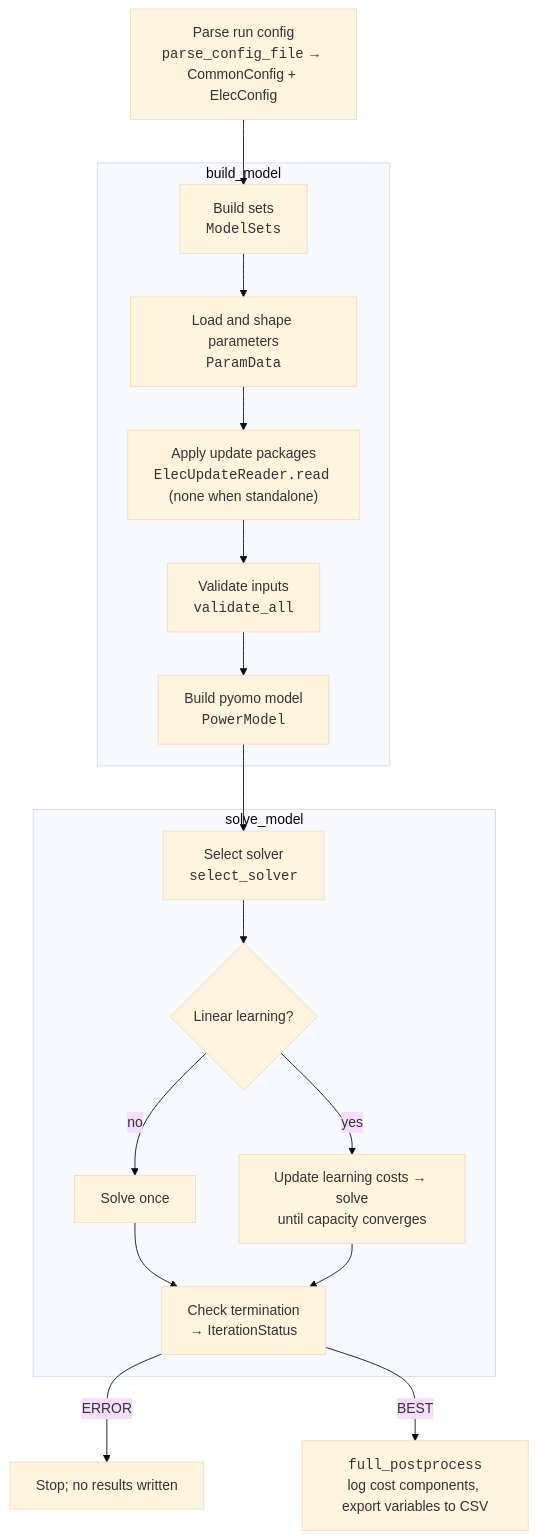
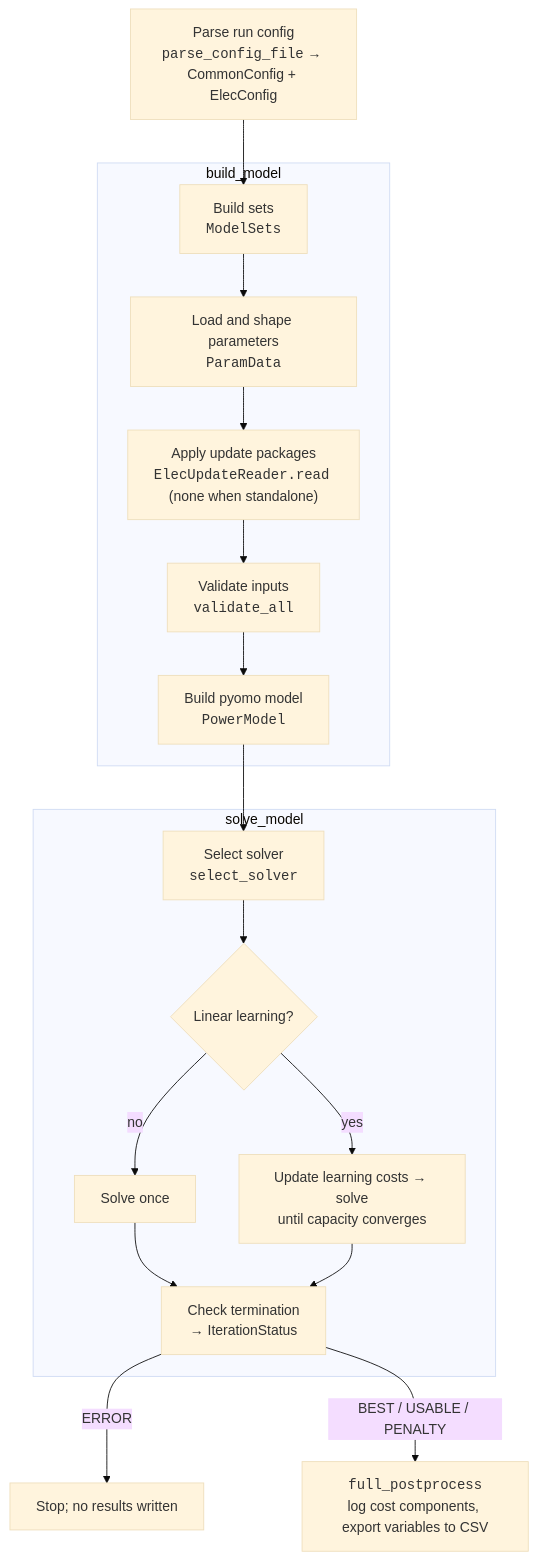
Before and after one commit to Community-NEMS/cnems-models: the diagram in docs/run_modes/standalone.md, drawn with Mermaid (base theme). The commit also changed other lines of this file and 3 other files, not shown here.

````diff
--- a/docs/run_modes/standalone.md
+++ b/docs/run_modes/standalone.md
@@ -30,20 +30,20 @@
 ```mermaid
 flowchart TD
     A["Parse run config<br/><code>parse_config_file</code> → CommonConfig + ElecConfig"] --> B
     subgraph build ["build_model"]
         B["Build sets<br/><code>ModelSets</code>"] --> C["Load and shape parameters<br/><code>ParamData</code>"]
         C --> D["Apply update packages<br/><code>ElecUpdateReader.read</code> (none when standalone)"]
         D --> E["Validate inputs<br/><code>validate_all</code>"]
         E --> F["Build pyomo model<br/><code>PowerModel</code>"]
     end
     F --> G
     subgraph solve ["solve_model"]
         G["Select solver<br/><code>select_solver</code>"] --> H{"Linear learning?"}
         H -- no --> I["Solve once"]
         H -- yes --> J["Update learning costs → solve<br/>until capacity converges"]
         I --> K["Check termination<br/>→ IterationStatus"]
         J --> K
     end
     K -- ERROR --> X["Stop; no results written"]
-    K -- BEST --> L["<code>full_postprocess</code><br/>log cost components, export variables to CSV"]
+    K -- "BEST / USABLE / PENALTY" --> L["<code>full_postprocess</code><br/>log cost components, export variables to CSV"]
 ```
````
